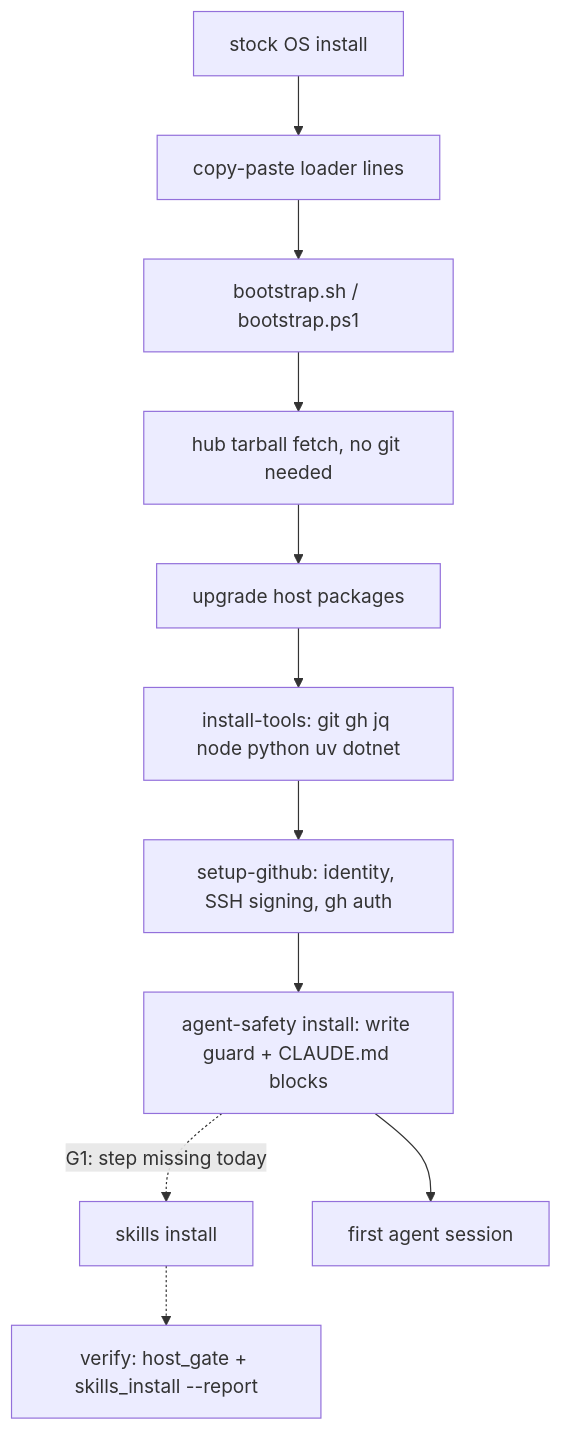
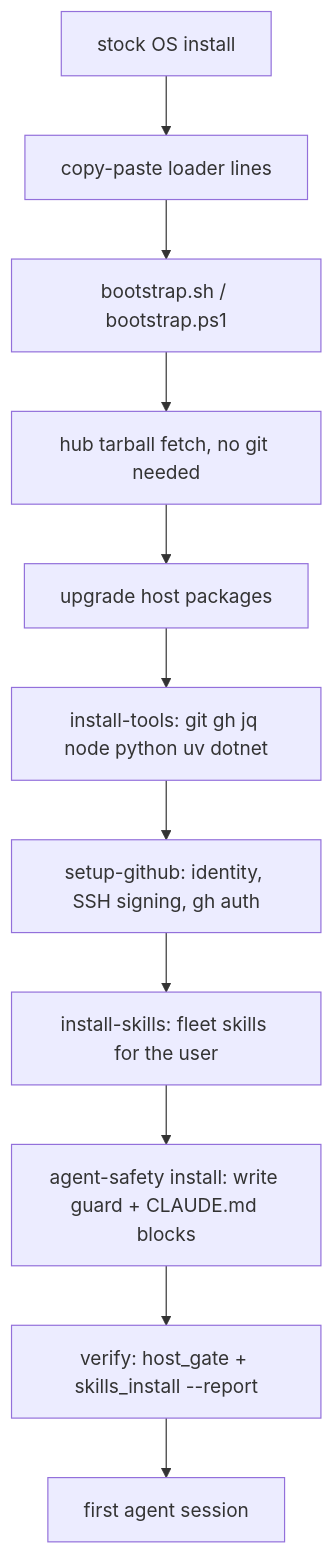
Before and after one commit to ptr727/ProjectTemplate: the second of 7 diagrams in docs/fleet-map.md, drawn with Mermaid. The commit also changed other lines of this file and 10 other files, not shown here.

First line of the commit message:
Wire the Fleet Skills Install Into the Cold-Start Bootstrap

````diff
--- a/docs/fleet-map.md
+++ b/docs/fleet-map.md
@@ -70,13 +70,13 @@
 ```mermaid
 flowchart TD
   os["stock OS install"] --> paste["copy-paste loader lines"]
   paste --> boot["bootstrap.sh / bootstrap.ps1"]
   boot --> fetch["hub tarball fetch, no git needed"]
   fetch --> upgrade["upgrade host packages"]
   upgrade --> tools["install-tools: git gh jq node python uv dotnet"]
   tools --> github["setup-github: identity, SSH signing, gh auth"]
-  github --> safety["agent-safety install: write guard + CLAUDE.md blocks"]
-  safety -.->|"G1: step missing today"| skillsinstall["skills install"]
-  skillsinstall -.-> verify["verify: host_gate + skills_install --report"]
-  safety --> session["first agent session"]
+  github --> skillsinstall["install-skills: fleet skills for the user"]
+  skillsinstall --> safety["agent-safety install: write guard + CLAUDE.md blocks"]
+  safety --> verify["verify: host_gate + skills_install --report"]
+  verify --> session["first agent session"]
 ```
````
